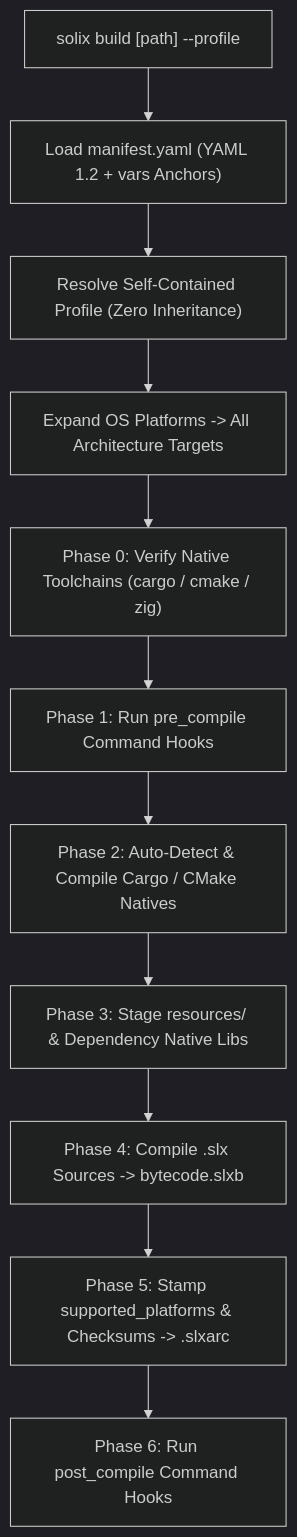
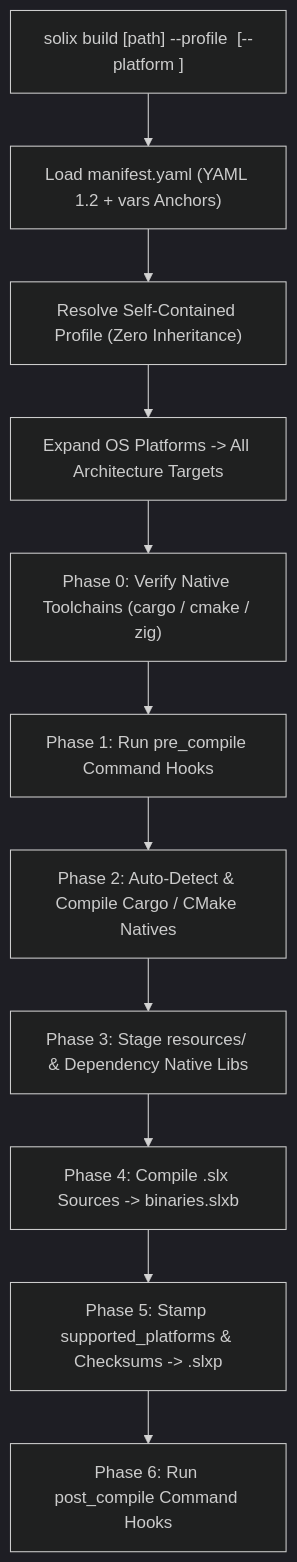
Before and after one commit to Jehudme/solix-language: the diagram in docs/guide/build_system.md, drawn with Mermaid (dark theme). The commit also changed other lines of this file and 53 other files, not shown here.

````diff
--- a/docs/guide/build_system.md
+++ b/docs/guide/build_system.md
@@ -14,13 +14,13 @@
 ```mermaid
 flowchart TD
-    CLI["solix build [path] --profile <name>"] --> Manifest["Load manifest.yaml (YAML 1.2 + vars Anchors)"]
+    CLI["solix build [path] --profile <name> [--platform <target>]"] --> Manifest["Load manifest.yaml (YAML 1.2 + vars Anchors)"]
     Manifest --> Profile["Resolve Self-Contained Profile (Zero Inheritance)"]
     Profile --> Platforms["Expand OS Platforms -> All Architecture Targets"]
     Platforms --> Env["Phase 0: Verify Native Toolchains (cargo / cmake / zig)"]
     Env --> Pre["Phase 1: Run pre_compile Command Hooks"]
     Pre --> Native["Phase 2: Auto-Detect & Compile Cargo / CMake Natives"]
     Native --> Stage["Phase 3: Stage resources/ & Dependency Native Libs"]
-    Stage --> Compile["Phase 4: Compile .slx Sources -> bytecode.slxb"]
-    Compile --> Pack["Phase 5: Stamp supported_platforms & Checksums -> .slxarc"]
+    Stage --> Compile["Phase 4: Compile .slx Sources -> binaries.slxb"]
+    Compile --> Pack["Phase 5: Stamp supported_platforms & Checksums -> .slxp"]
     Pack --> Post["Phase 6: Run post_compile Command Hooks"]
 ```
````
